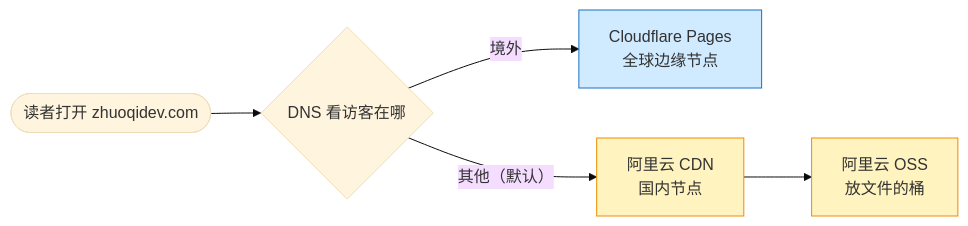
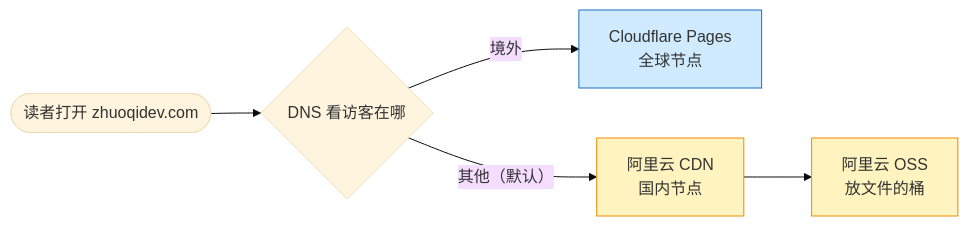
Before and after one commit to YouToco/zhuoqidev.com: the first of 2 diagrams in src/content/posts/hugo-dual-cdn-blog/zh.md, drawn with Mermaid (base theme). The commit also changed other lines of this file and 7 other files, not shown here.

````diff
--- a/src/content/posts/hugo-dual-cdn-blog/zh.md
+++ b/src/content/posts/hugo-dual-cdn-blog/zh.md
@@ -66,11 +75,11 @@
 ```mermaid
 flowchart LR
     R(["读者打开 zhuoqidev.com"]) --> D{"DNS 看访客在哪"}
-    D -->|"境外"| CF["Cloudflare Pages<br>全球边缘节点"]
+    D -->|"境外"| CF["Cloudflare Pages<br>全球节点"]
     D -->|"其他（默认）"| CDN["阿里云 CDN<br>国内节点"]
     CDN --> OSS["阿里云 OSS<br>放文件的桶"]
     classDef cn fill:#fff3bf,stroke:#f08c00
     classDef os fill:#d0ebff,stroke:#1971c2
     class CDN,OSS cn
     class CF os
 ```
````
